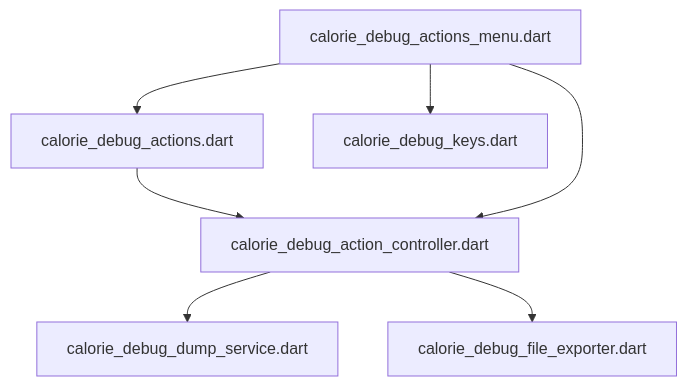
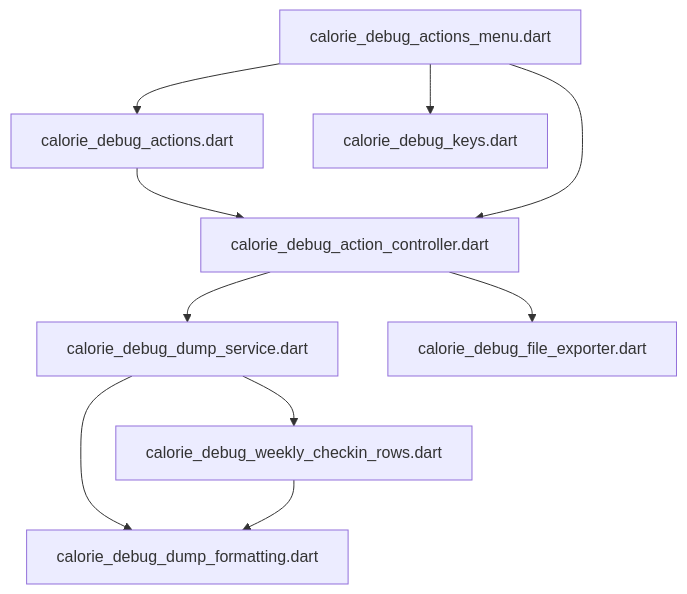
The diagram in lib/features/calories/debug/DEPS.md (repinw/yamt), drawn with Mermaid before and after one commit. The commit also changed 37 other files, not shown here.

Commit message:
ref(calories): architecture upgrade

````diff
--- a/lib/features/calories/debug/DEPS.md
+++ b/lib/features/calories/debug/DEPS.md
@@ -6,9 +6,12 @@
 ```mermaid
 flowchart TD;
 calorie_debug_action_controller.dart-->calorie_debug_dump_service.dart;
 calorie_debug_action_controller.dart-->calorie_debug_file_exporter.dart;
 calorie_debug_actions.dart-->calorie_debug_action_controller.dart;
 calorie_debug_actions_menu.dart-->calorie_debug_action_controller.dart;
 calorie_debug_actions_menu.dart-->calorie_debug_actions.dart;
 calorie_debug_actions_menu.dart-->calorie_debug_keys.dart;
+calorie_debug_dump_service.dart-->calorie_debug_dump_formatting.dart;
+calorie_debug_dump_service.dart-->calorie_debug_weekly_checkin_rows.dart;
+calorie_debug_weekly_checkin_rows.dart-->calorie_debug_dump_formatting.dart;
 ```
````
